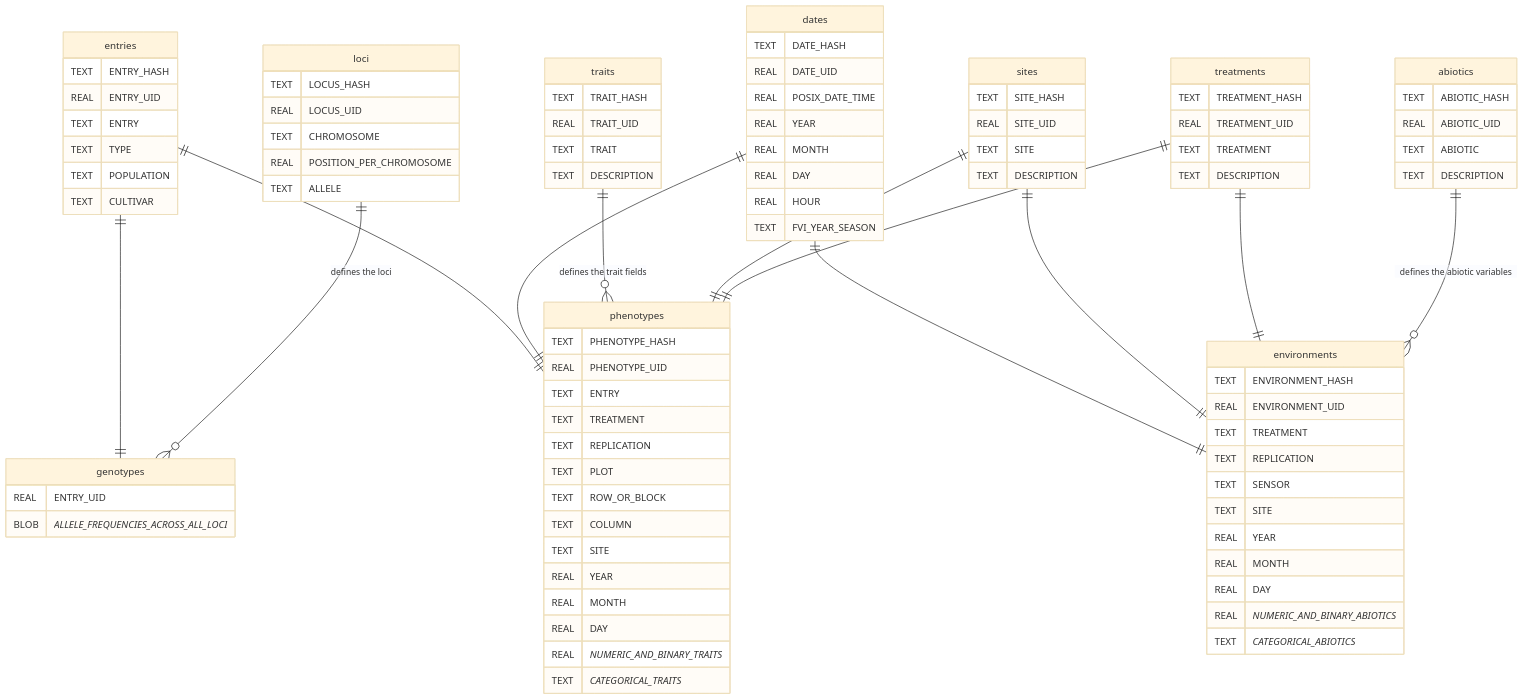
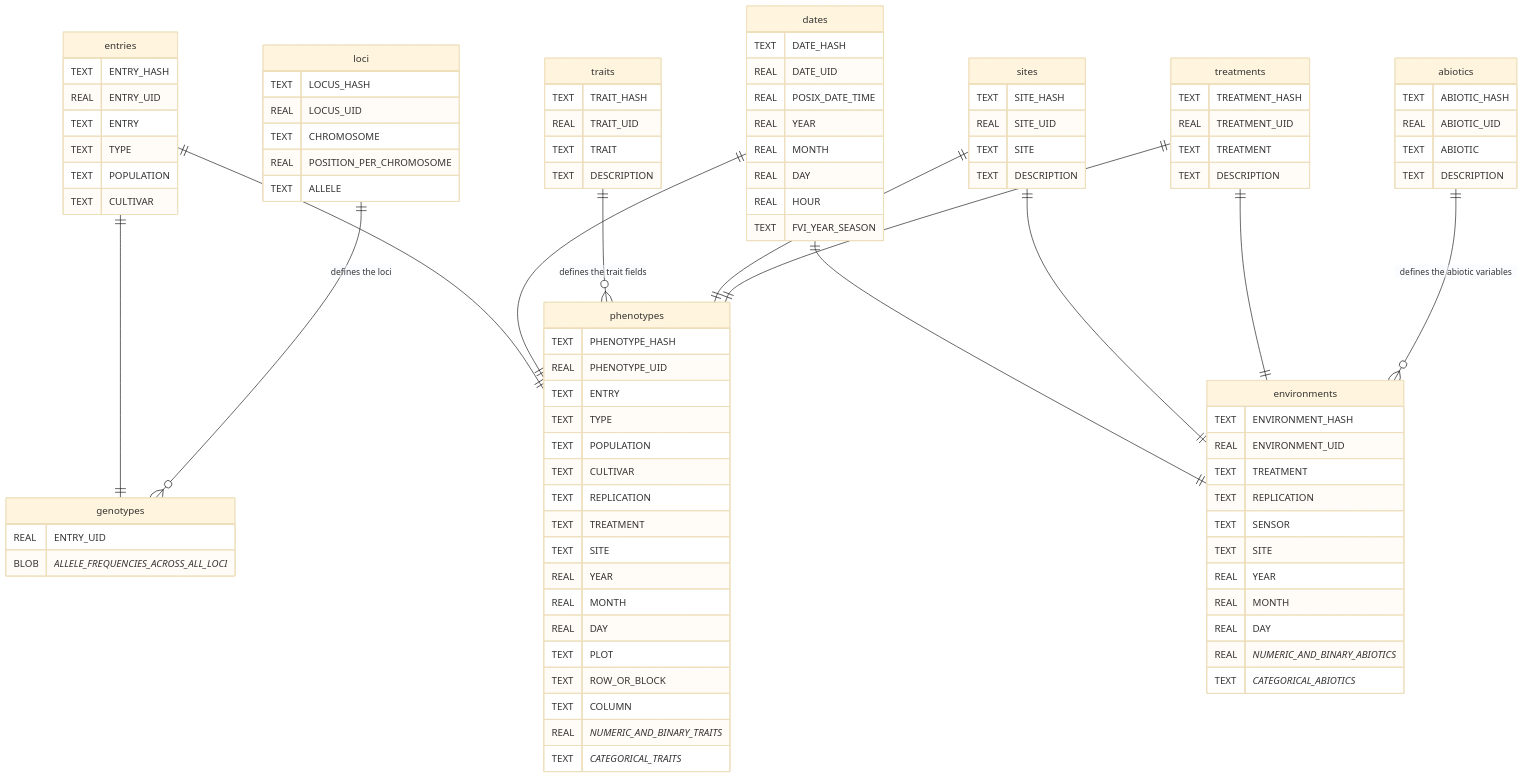
The diagram in README.md (jeffersonfparil/db), drawn with Mermaid (base theme) before and after one commit.

Commit message:
updating schema represantion in README to show the required fields in the phenotypes table

```diff
--- a/README.md
+++ b/README.md
@@ -208,15 +208,18 @@
         TEXT PHENOTYPE_HASH
         REAL PHENOTYPE_UID
         TEXT ENTRY
+        TEXT TYPE
+        TEXT POPULATION
+        TEXT CULTIVAR
+        TEXT REPLICATION
         TEXT TREATMENT
-        TEXT REPLICATION
-        TEXT PLOT
-        TEXT ROW_OR_BLOCK
-        TEXT COLUMN
         TEXT SITE
         REAL YEAR
         REAL MONTH
         REAL DAY
+        TEXT PLOT
+        TEXT ROW_OR_BLOCK
+        TEXT COLUMN
         REAL _NUMERIC_AND_BINARY_TRAITS_
         TEXT _CATEGORICAL_TRAITS_
     }
```
